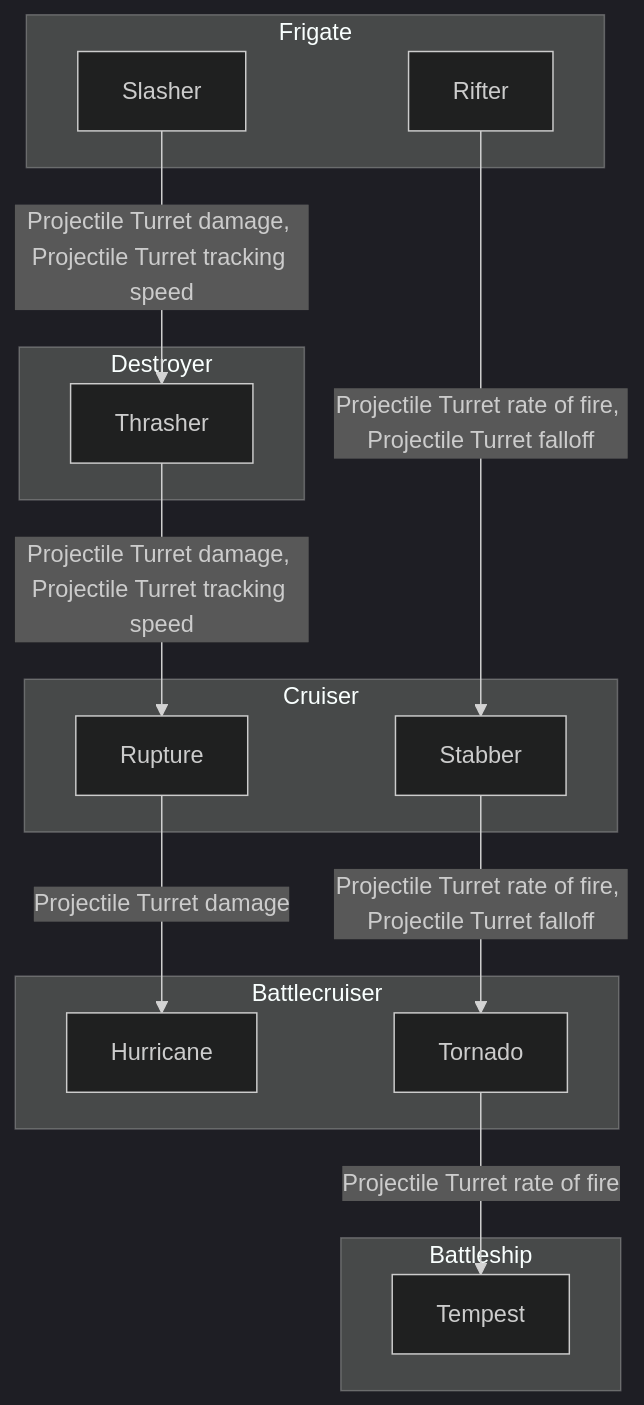
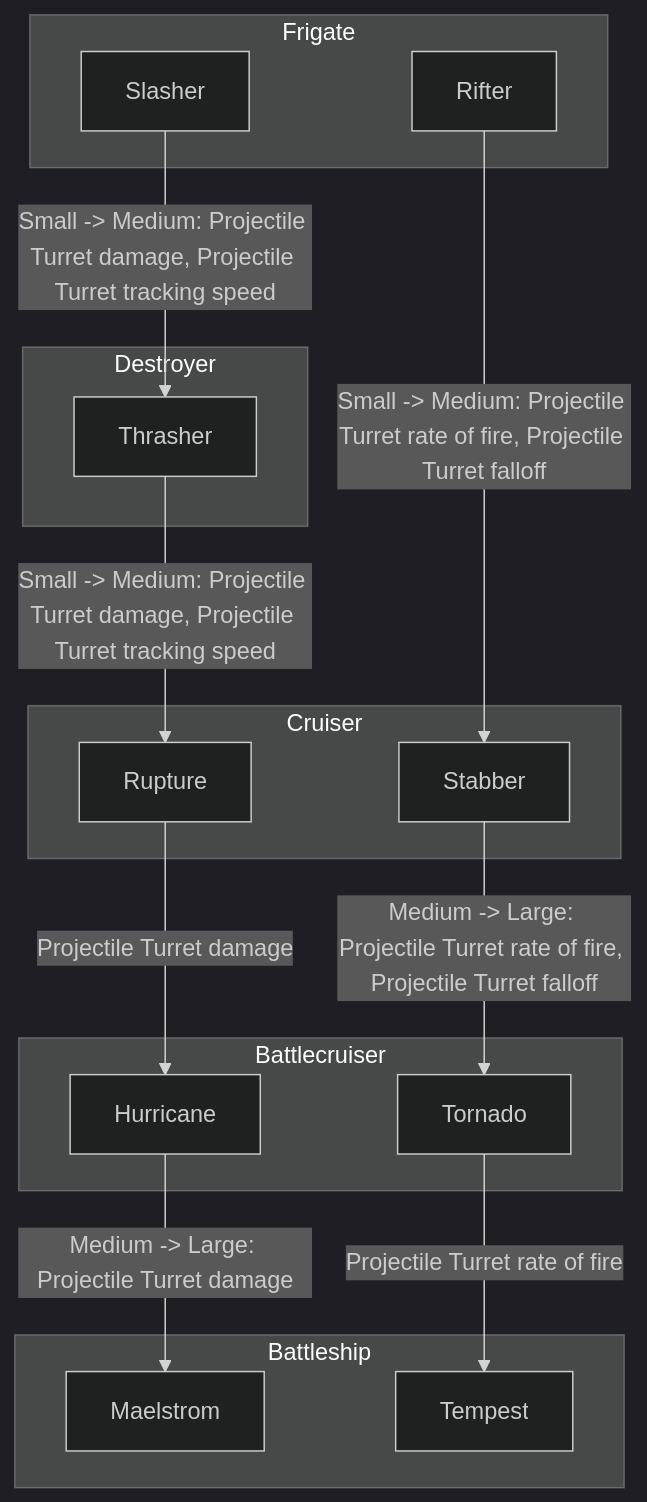
The diagram in README.md (Skybladev2/EveShipsProgression), drawn with Mermaid (dark theme) before and after one commit.

Commit message:
Add Maelstrom

````diff
--- a/README.md
+++ b/README.md
@@ -5,31 +5,33 @@
 ```mermaid
 flowchart
 	
 	
 	
 	subgraph s1["Frigate"]
 		n5["Slasher"]
 		n1["Rifter"]
 	end
 	n1
 	subgraph s2["Cruiser"]
 		n7["Rupture"]
 		n2["Stabber"]
 	end
-	n1 -->|"Projectile Turret rate of fire, Projectile Turret falloff"| n2
+	n1 -->|"Small -> Medium: Projectile Turret rate of fire, Projectile Turret falloff"| n2
 	subgraph s3["Battlecruiser"]
 		n8["Hurricane"]
 		n3["Tornado"]
 	end
-	n2 -->|"Projectile Turret rate of fire, Projectile Turret falloff"| n3
+	n2 -->|"Medium -> Large: Projectile Turret rate of fire, Projectile Turret falloff"| n3
 	subgraph s4["Battleship"]
+		n9["Maelstrom"]
 		n4["Tempest"]
 	end
 	n3 -->|"Projectile Turret rate of fire"| n4
 	subgraph s5["Destroyer"]
 		n6["Thrasher"]
 	end
-	n5 -->|"Projectile Turret damage, Projectile Turret tracking speed"| n6
-	n6 -->|"Projectile Turret damage, Projectile Turret tracking speed"| n7
+	n5 -->|"Small -> Medium: Projectile Turret damage, Projectile Turret tracking speed"| n6
+	n6 -->|"Small -> Medium: Projectile Turret damage, Projectile Turret tracking speed"| n7
 	n7 -->|"Projectile Turret damage"| n8
+	n8 -->|"Medium -> Large: Projectile Turret damage"| n9
 ```
````
